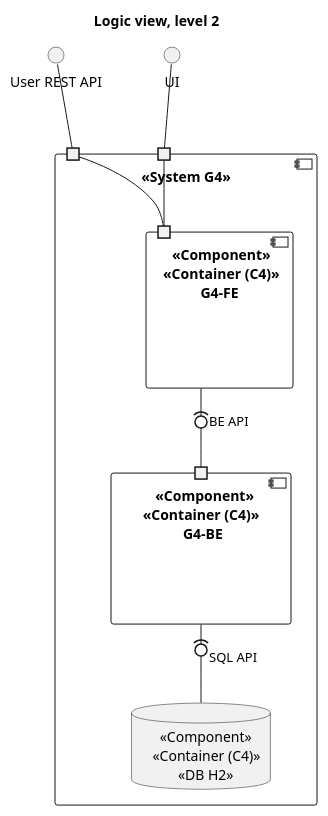
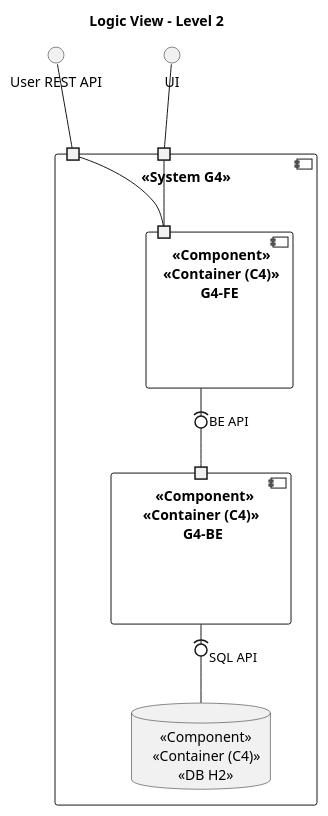
The second of 3 diagrams in docs/architectural_design_model/logic_view.puml (Loracline/project_switch_22-23), drawn with PlantUML before and after one commit. The commit also changed other lines of this file and 5 other files, not shown here.

Commit message:
NO US : Analysis and design : Update of architectural design model references #675

```diff
--- a/docs/architectural_design_model/logic_view.puml
+++ b/docs/architectural_design_model/logic_view.puml
@@ -13,22 +13,22 @@
 @startuml
-title Logic view, level 2
+title Logic View - Level 2
 () "User REST API" as API
 () "UI" as UI
 component "<<System G4>>" as G4 {
 portin " "
 port "   "
 component " <<Component>>\n <<Container (C4)>>\nG4-FE" as fe {
     port " " as frontEndPort
 }
 component "  <<Component>>\n<<Container (C4)>>\n G4-BE" as be {
     port " " as backEndPort
 }
 database "     <<Component>>\n   <<Container (C4)>>\n          <<DB H2>>" as h2 {
 }
 UI -- " "
 API -- "   "
 " " -- frontEndPort
 "   " -- frontEndPort
 fe -(0- backEndPort: BE API
 be -(0- h2: SQL API
 @enduml
```
